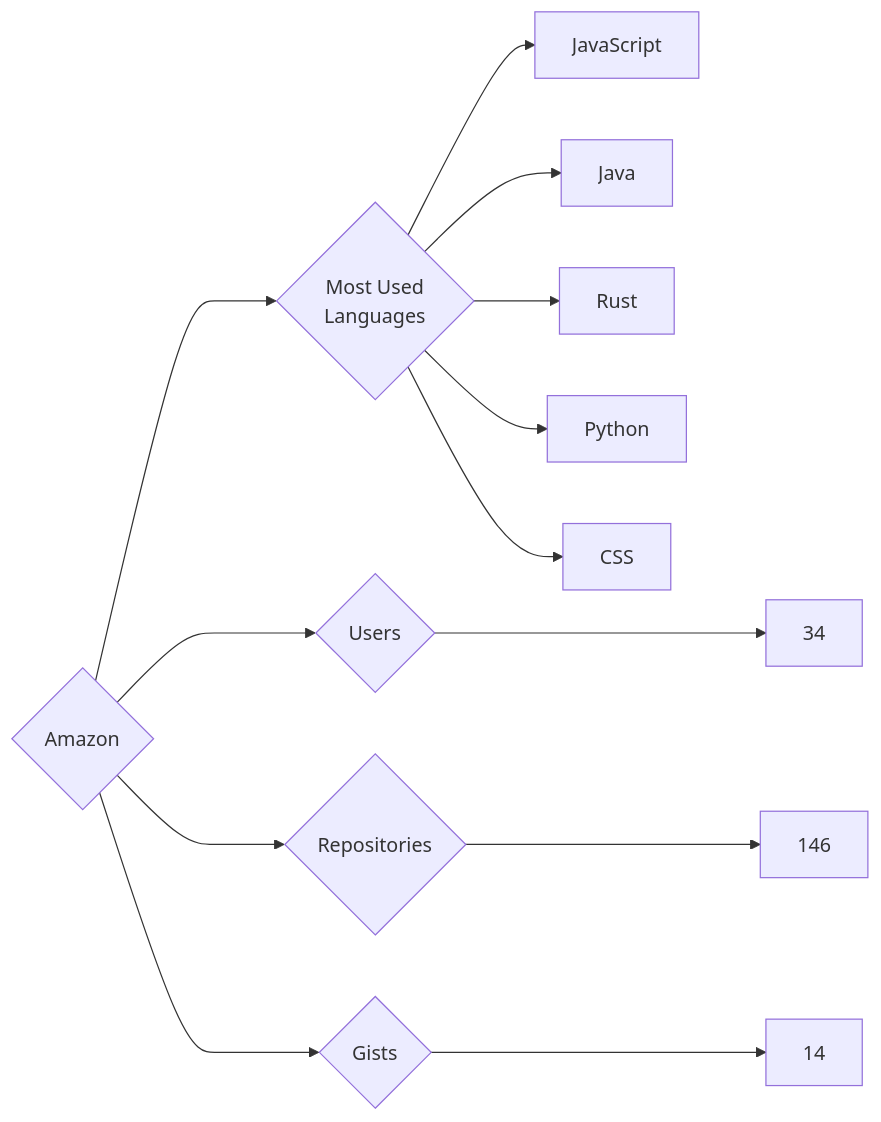
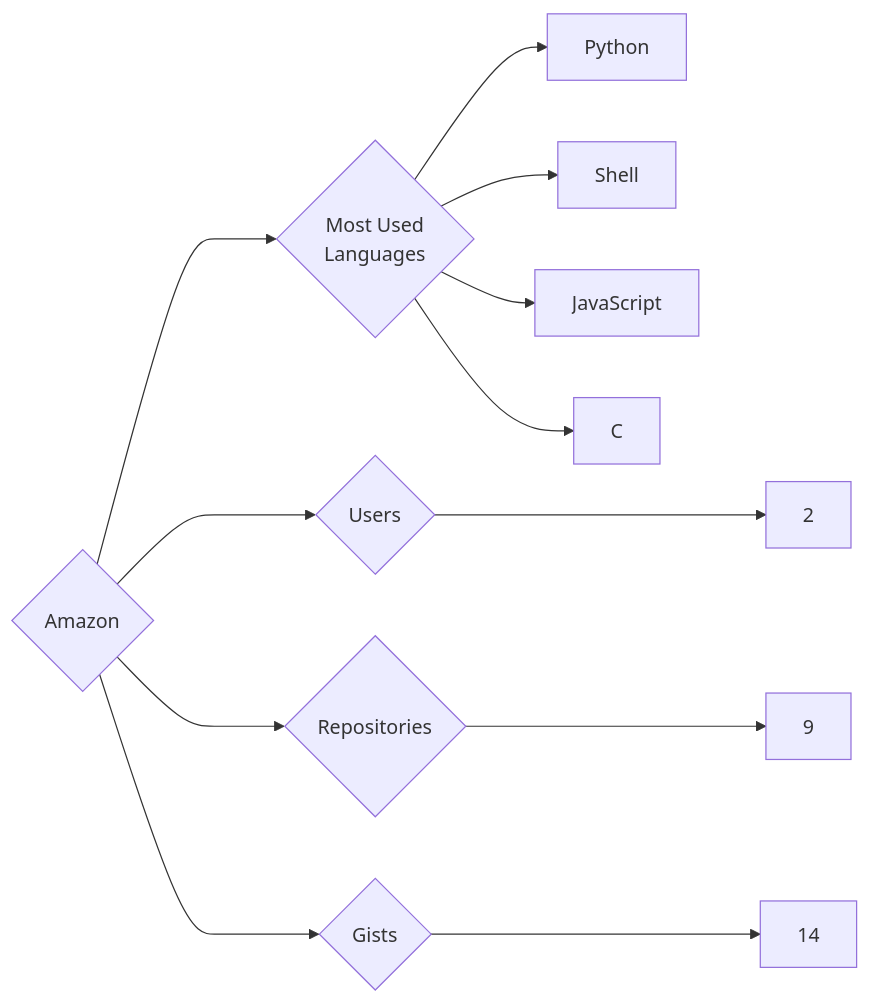
Before and after one commit to trickest/insiders: the diagram in targets/Amazon/README.md, drawn with Mermaid. The commit also changed 545 other files, not shown here.

````diff
--- a/targets/Amazon/README.md
+++ b/targets/Amazon/README.md
@@ -3,13 +3,12 @@
 ```mermaid
 graph LR
 COMPANY_NAME{Amazon}
-COMPANY_NAME ---> U{Users} ---> UN[34]
-COMPANY_NAME ---> R{Repositories} ---> RN[146]
+COMPANY_NAME ---> U{Users} ---> UN[2]
+COMPANY_NAME ---> R{Repositories} ---> RN[9]
 COMPANY_NAME ---> G{Gists} ---> GN[14]
 COMPANY_NAME ---> ML{Most Used<br>Languages}
+ML --> Python[Python]
+ML --> Shell[Shell]
 ML --> JavaScript[JavaScript]
-ML --> Java[Java]
-ML --> Rust[Rust]
-ML --> Python[Python]
-ML --> CSS[CSS]
+ML --> C[C]
 ```
````
